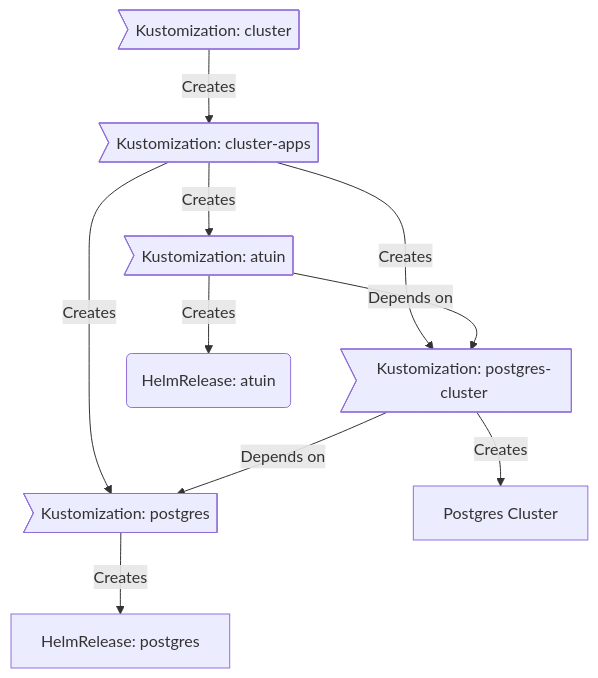
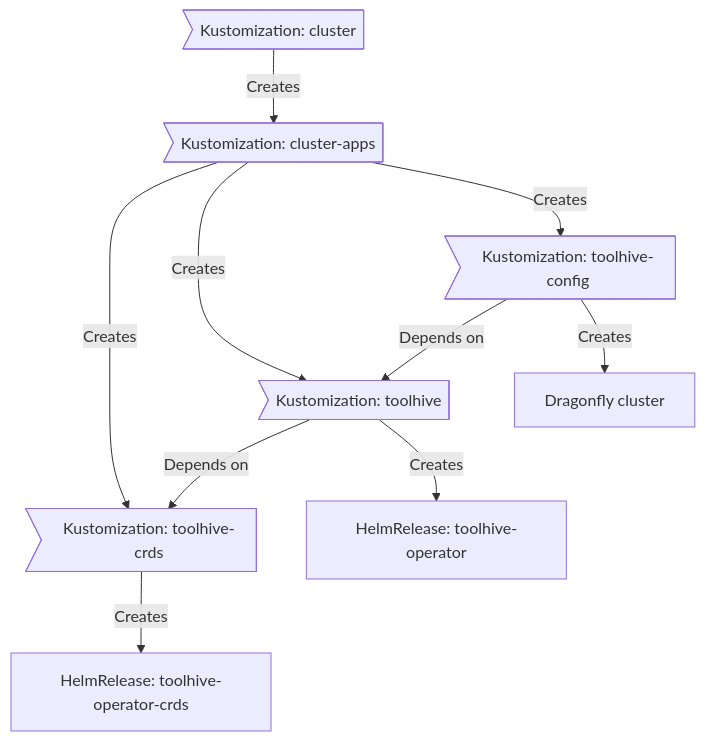
The diagram in README.md (OxygnCorp/home-ops), drawn with Mermaid before and after one commit. The commit also changed other lines of this file and 7 other files, not shown here.

````diff
--- a/README.md
+++ b/README.md
@@ -99,12 +105,12 @@
 ```mermaid
 graph TD;
   id1>Kustomization: cluster] -->|Creates| id2>Kustomization: cluster-apps];
-  id2>Kustomization: cluster-apps] -->|Creates| id3>Kustomization: postgres];
-  id2>Kustomization: cluster-apps] -->|Creates| id5>Kustomization: postgres-cluster]
-  id2>Kustomization: cluster-apps] -->|Creates| id8>Kustomization: atuin]
-  id3>Kustomization: postgres] -->|Creates| id4[HelmRelease: postgres];
-  id5>Kustomization: postgres-cluster] -->|Depends on| id3>Kustomization: postgres];
-  id5>Kustomization: postgres-cluster] -->|Creates| id10[Postgres Cluster];
-  id8>Kustomization: atuin] -->|Creates| id9(HelmRelease: atuin);
-  id8>Kustomization: atuin] -->|Depends on| id5>Kustomization: postgres-cluster];
+  id2>Kustomization: cluster-apps] -->|Creates| id3>Kustomization: toolhive-crds];
+  id2>Kustomization: cluster-apps] -->|Creates| id5>Kustomization: toolhive];
+  id2>Kustomization: cluster-apps] -->|Creates| id8>Kustomization: toolhive-config];
+  id5>Kustomization: toolhive] -->|Depends on| id3>Kustomization: toolhive-crds];
+  id8>Kustomization: toolhive-config] -->|Depends on| id5>Kustomization: toolhive];
+  id3>Kustomization: toolhive-crds] -->|Creates| id4[HelmRelease: toolhive-operator-crds];
+  id5>Kustomization: toolhive] -->|Creates| id7[HelmRelease: toolhive-operator];
+  id8>Kustomization: toolhive-config] -->|Creates| id10[Dragonfly cluster];
 ```
````
